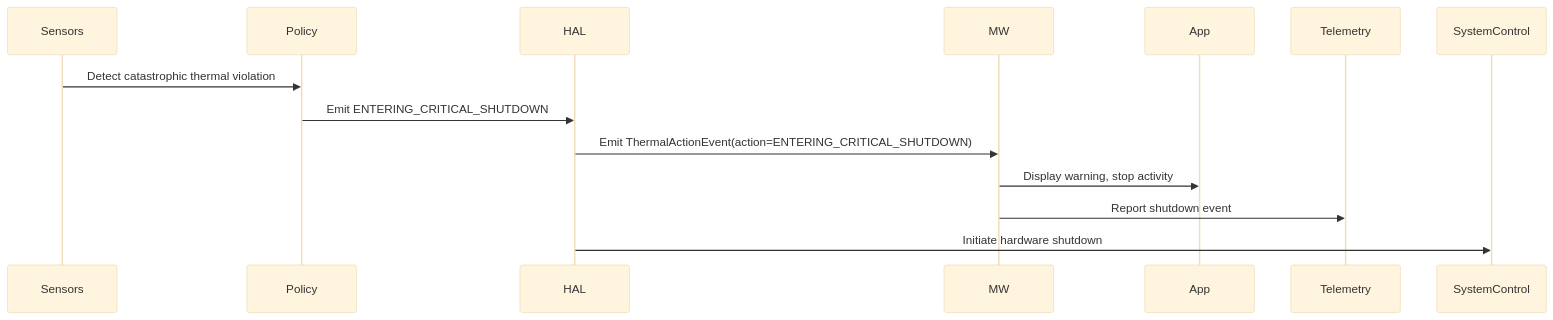
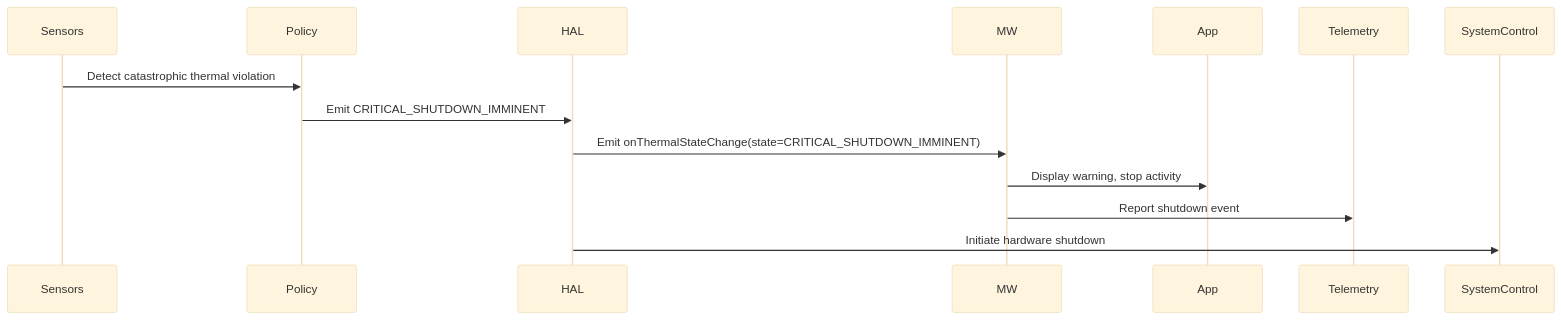
One commit to rdkcentral/rdk-halif-aidl changed the third of 3 diagrams in docs/halif/sensor/current/thermal/thermal_sensor.md. Above: the diagram before and after it, drawn with Mermaid (base theme). The commit also changed other lines of this file and 14 other files, not shown here.

````diff
--- a/docs/halif/sensor/current/thermal/thermal_sensor.md
+++ b/docs/halif/sensor/current/thermal/thermal_sensor.md
@@ -252,15 +256,15 @@
 ```mermaid
 sequenceDiagram
     participant Sensors
     participant Policy
     participant HAL
     participant MW
     participant App
 
     Sensors->>Policy: Detect catastrophic thermal violation
-    Policy->>HAL: Emit ENTERING_CRITICAL_SHUTDOWN
-    HAL->>MW: Emit ThermalActionEvent(action=ENTERING_CRITICAL_SHUTDOWN)
+    Policy->>HAL: Emit CRITICAL_SHUTDOWN_IMMINENT
+    HAL->>MW: Emit onThermalStateChange(state=CRITICAL_SHUTDOWN_IMMINENT)
     MW->>App: Display warning, stop activity
     MW->>Telemetry: Report shutdown event
     HAL->>SystemControl: Initiate hardware shutdown
 ```
````
